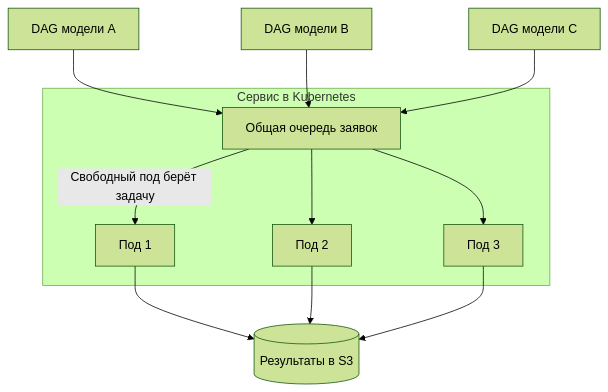
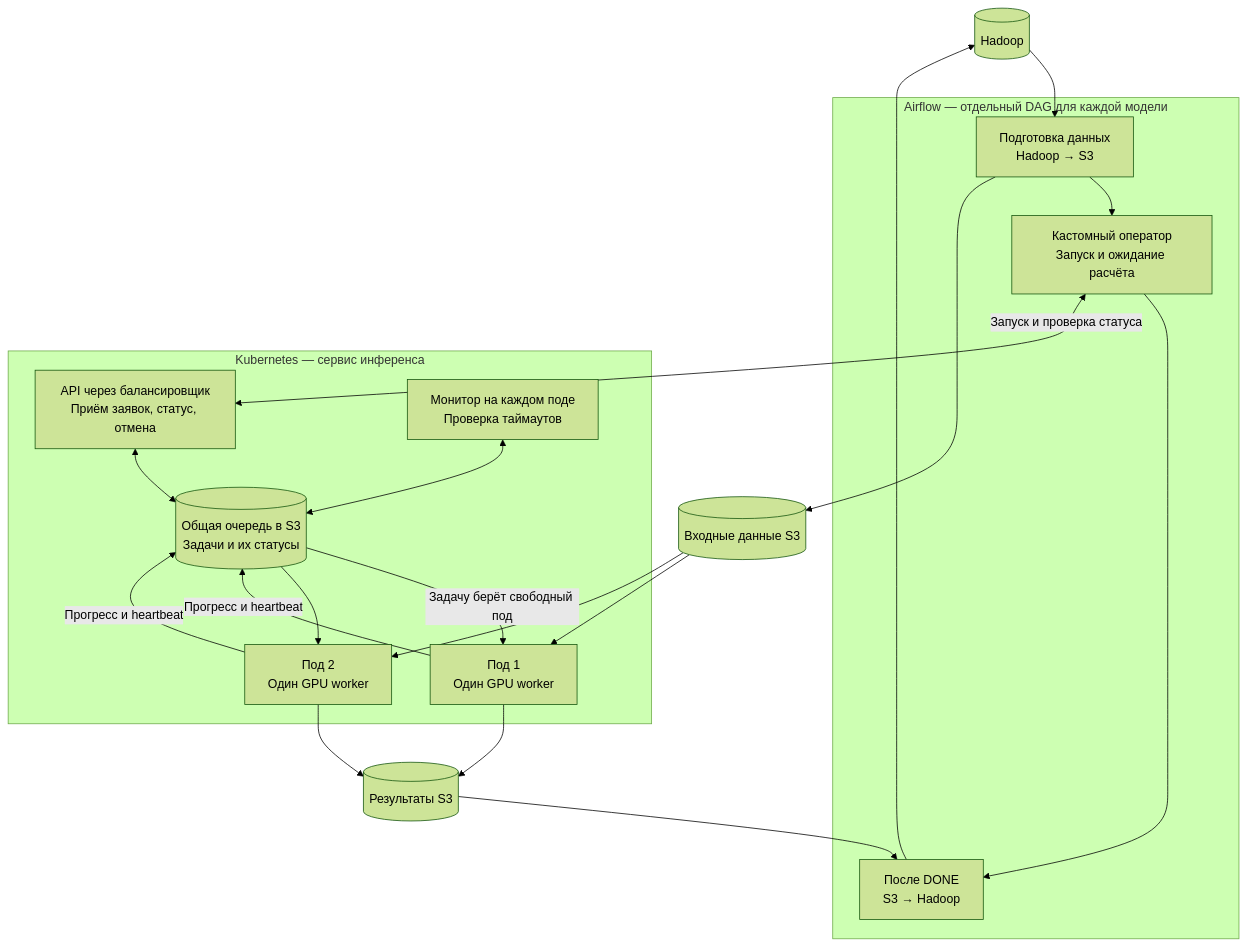
The first of 4 diagrams in docs/inference-architecture.md (blm47/fmcd_models_inference_service), drawn with Mermaid (forest theme) before and after one commit. The commit also changed other lines of this file and 4 other files, not shown here.

````diff
--- a/docs/inference-architecture.md
+++ b/docs/inference-architecture.md
@@ -29,13 +15,30 @@
 ```mermaid
 flowchart TB
-    A["DAG модели A"] --> Q
-    B["DAG модели B"] --> Q
-    C["DAG модели C"] --> Q
-    subgraph SERVICE["Сервис в Kubernetes"]
-        Q["Общая очередь заявок"]
-        Q -->|"Свободный под берёт задачу"| P1["Под 1"]
-        Q --> P2["Под 2"]
-        Q --> P3["Под 3"]
+    H[("Hadoop")]
+    subgraph AF["Airflow — отдельный DAG для каждой модели"]
+        E["Подготовка данных<br/>Hadoop → S3"]
+        OP["Кастомный оператор<br/>Запуск и ожидание расчёта"]
+        R["После DONE<br/>S3 → Hadoop"]
+        E --> OP --> R
     end
-    P1 & P2 & P3 --> R[("Результаты в S3")]
+    IN[("Входные данные S3")]
+    OUT[("Результаты S3")]
+    H --> E --> IN
+    OUT --> R --> H
+
+    subgraph K["Kubernetes — сервис инференса"]
+        API["API через балансировщик<br/>Приём заявок, статус, отмена"]
+        Q[("Общая очередь в S3<br/>Задачи и их статусы")]
+        P1["Под 1<br/>Один GPU worker"]
+        P2["Под 2<br/>Один GPU worker"]
+        M["Монитор на каждом поде<br/>Проверка таймаутов"]
+        API <--> Q
+        Q -->|"Задачу берёт свободный под"| P1
+        Q --> P2
+        P1 & P2 -->|"Прогресс и heartbeat"| Q
+        M <--> Q
+    end
+    OP <-->|"Запуск и проверка статуса"| API
+    IN --> P1 & P2
+    P1 & P2 --> OUT
 ```
````
